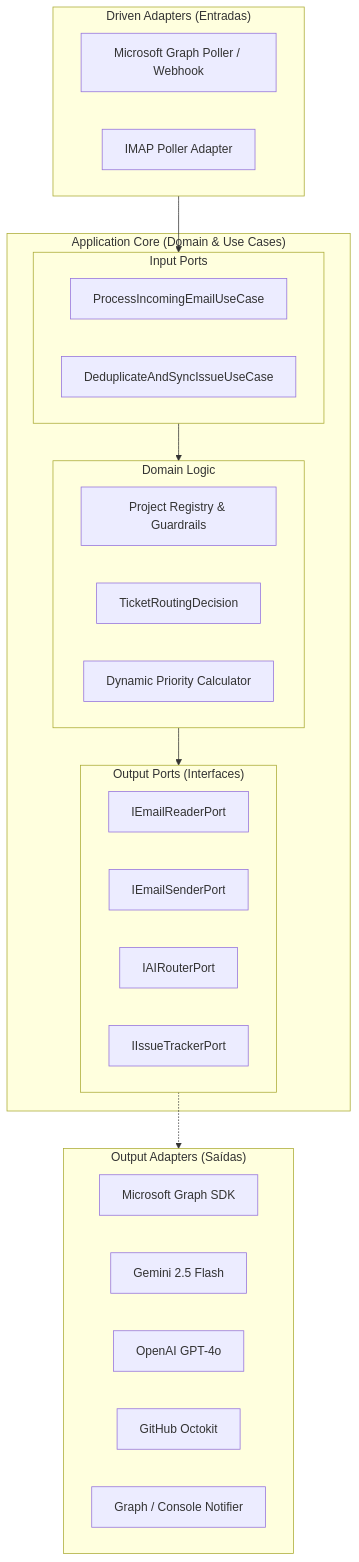
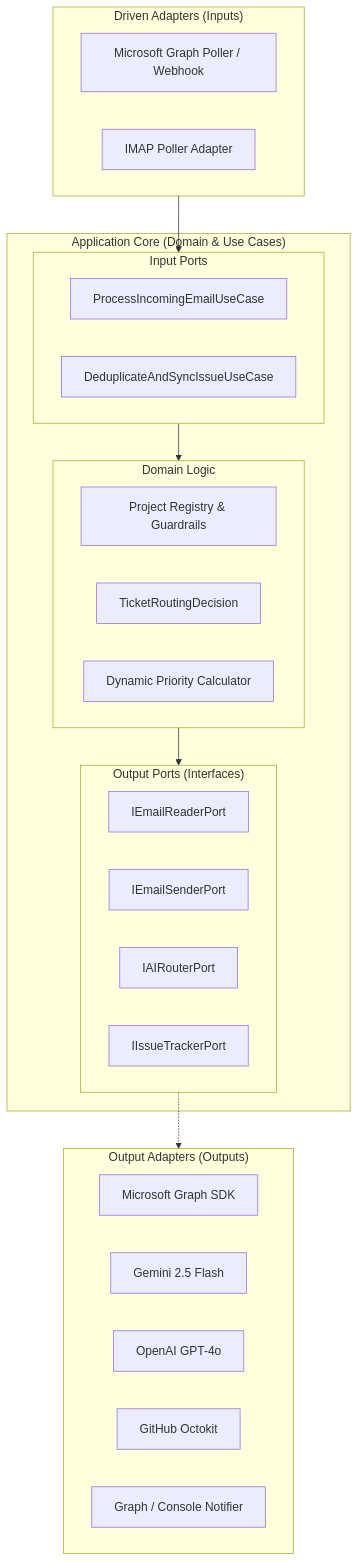
Before and after one commit to tlsamaral/postie: the first of 2 diagrams in README.md, drawn with Mermaid. The commit also changed other lines of this file and 1 other file, not shown here.

````diff
--- a/README.md
+++ b/README.md
@@ -55,40 +57,40 @@
 ```mermaid
 flowchart TB
-    subgraph Drivers ["Driven Adapters (Entradas)"]
+    subgraph Drivers ["Driven Adapters (Inputs)"]
         MSGraphWatcher["Microsoft Graph Poller / Webhook"]
         IMAPWatcher["IMAP Poller Adapter"]
     end
 
     subgraph Core ["Application Core (Domain & Use Cases)"]
         subgraph PortsIn ["Input Ports"]
         ProcessEmail["ProcessIncomingEmailUseCase"]
         Deduplicate["DeduplicateAndSyncIssueUseCase"]
         end
 
         subgraph Domain ["Domain Logic"]
         ProjectRegistry["Project Registry & Guardrails"]
         DecisionModel["TicketRoutingDecision"]
         PriorityEngine["Dynamic Priority Calculator"]
         end
 
         subgraph PortsOut ["Output Ports (Interfaces)"]
         EmailReaderPort["IEmailReaderPort"]
         EmailSenderPort["IEmailSenderPort"]
         AIRouterPort["IAIRouterPort"]
         IssueTrackerPort["IIssueTrackerPort"]
         end
     end
 
-    subgraph Driven ["Output Adapters (Saídas)"]
+    subgraph Driven ["Output Adapters (Outputs)"]
         MSGraphClient["Microsoft Graph SDK"]
         GeminiAdapter["Gemini 2.5 Flash"]
         OpenAIAdapter["OpenAI GPT-4o"]
         GitHubAdapter["GitHub Octokit"]
         NotifierAdapter["Graph / Console Notifier"]
     end
 
     Drivers --> PortsIn
     PortsIn --> Domain
     Domain --> PortsOut
     PortsOut -.-> Driven
 ```
````
